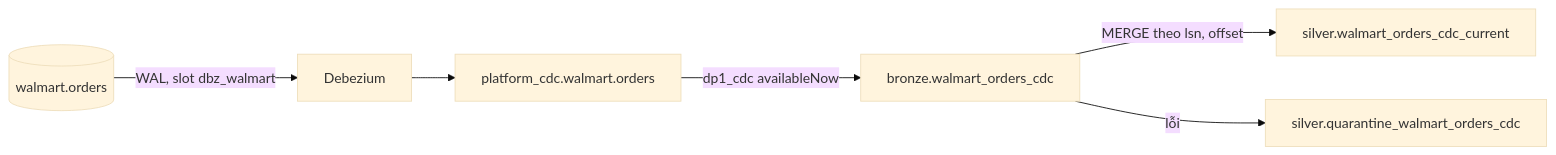
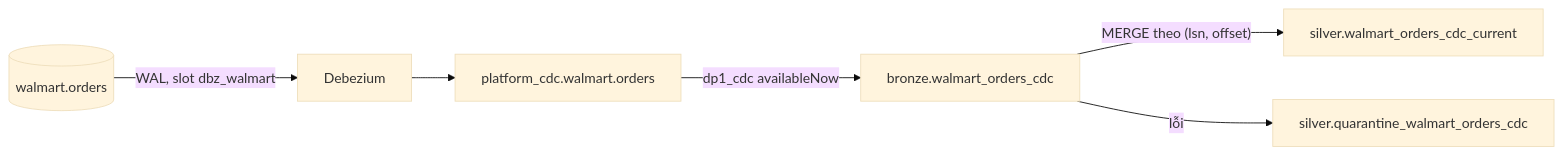
The fourth of 5 diagrams in docs/project-overview.md (tri21723/omnichannel-lakehouse), drawn with Mermaid (base theme) before and after one commit. The commit also changed other lines of this file, not shown here.

First line of the commit message:
docs: fix Mermaid diagrams that GitHub failed to render

````diff
--- a/docs/project-overview.md
+++ b/docs/project-overview.md
@@ -298,8 +298,8 @@
 ```mermaid
 flowchart LR
-    PG[(walmart.orders)] -- WAL, slot dbz_walmart --> D[Debezium]
-    D --> T[platform_cdc.walmart.orders]
-    T -- dp1_cdc availableNow --> B[bronze.walmart_orders_cdc]
-    B -- MERGE theo lsn, offset --> S[silver.walmart_orders_cdc_current]
-    B -- lỗi --> Q[silver.quarantine_walmart_orders_cdc]
+    PG[("walmart.orders")] -->|"WAL, slot dbz_walmart"| D["Debezium"]
+    D --> T["platform_cdc.walmart.orders"]
+    T -->|"dp1_cdc availableNow"| B["bronze.walmart_orders_cdc"]
+    B -->|"MERGE theo (lsn, offset)"| S["silver.walmart_orders_cdc_current"]
+    B -->|"lỗi"| Q["silver.quarantine_walmart_orders_cdc"]
 ```
````
